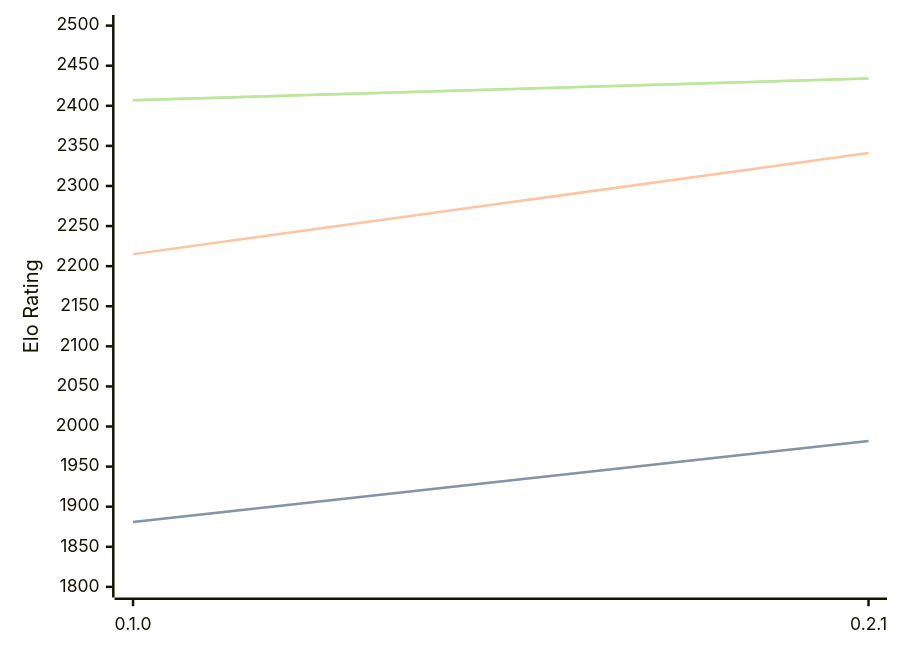
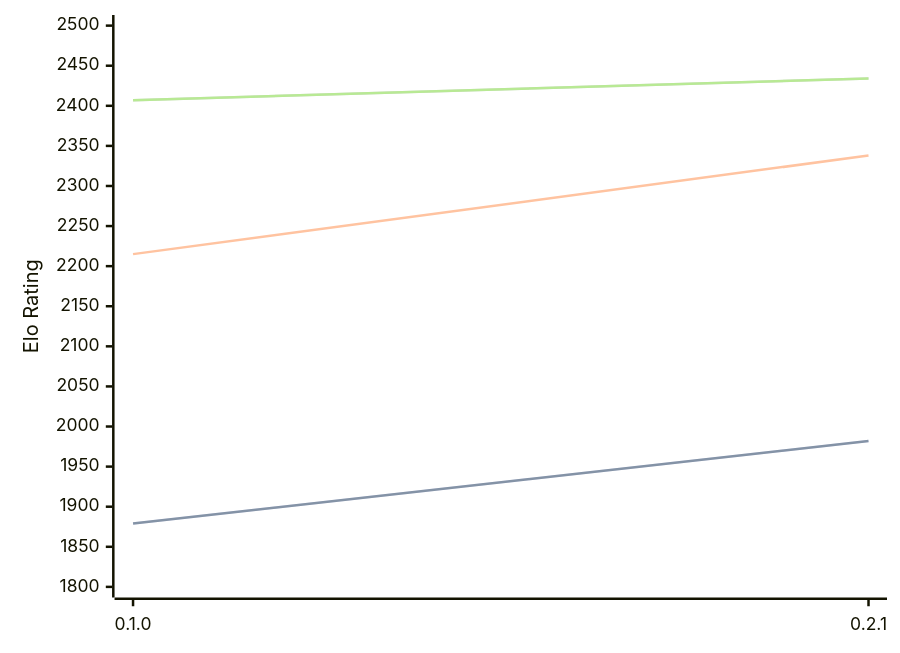
One commit to computer-chess-index/cci changed the first of 3 diagrams in engines/Sykora.md. Above: the diagram before and after it, drawn with Mermaid. The commit also changed other lines of this file, not shown here.

````diff
--- a/engines/Sykora.md
+++ b/engines/Sykora.md
@@ -33,11 +33,11 @@
 ```mermaid
 %%{init: {"theme":"base","themeVariables":{"seriesColors:['#a3a3a3','#222221','#faa371']}}}%%
 xychart-beta
   x-axis ["0.1.0", "0.2.1"]
   y-axis "Elo Rating" 1800 --> 2500
-  line "STC (8.0+0.08s)" [1881, 1982]
-  line "STC (8.0+0.08s)" [1881, 1982]
-  line "LTC (60.0+0.60s)" [2215, 2341]
+  line "STC (8.0+0.08s)" [1879, 1982]
+  line "STC (8.0+0.08s)" [1879, 1982]
+  line "LTC (60.0+0.60s)" [2215, 2338]
   line "VLTC (2m24s+1.12s)" [2407, 2434]
   line "VLTC (2m24s+1.12s)" [2407, 2434]
 ```
````
